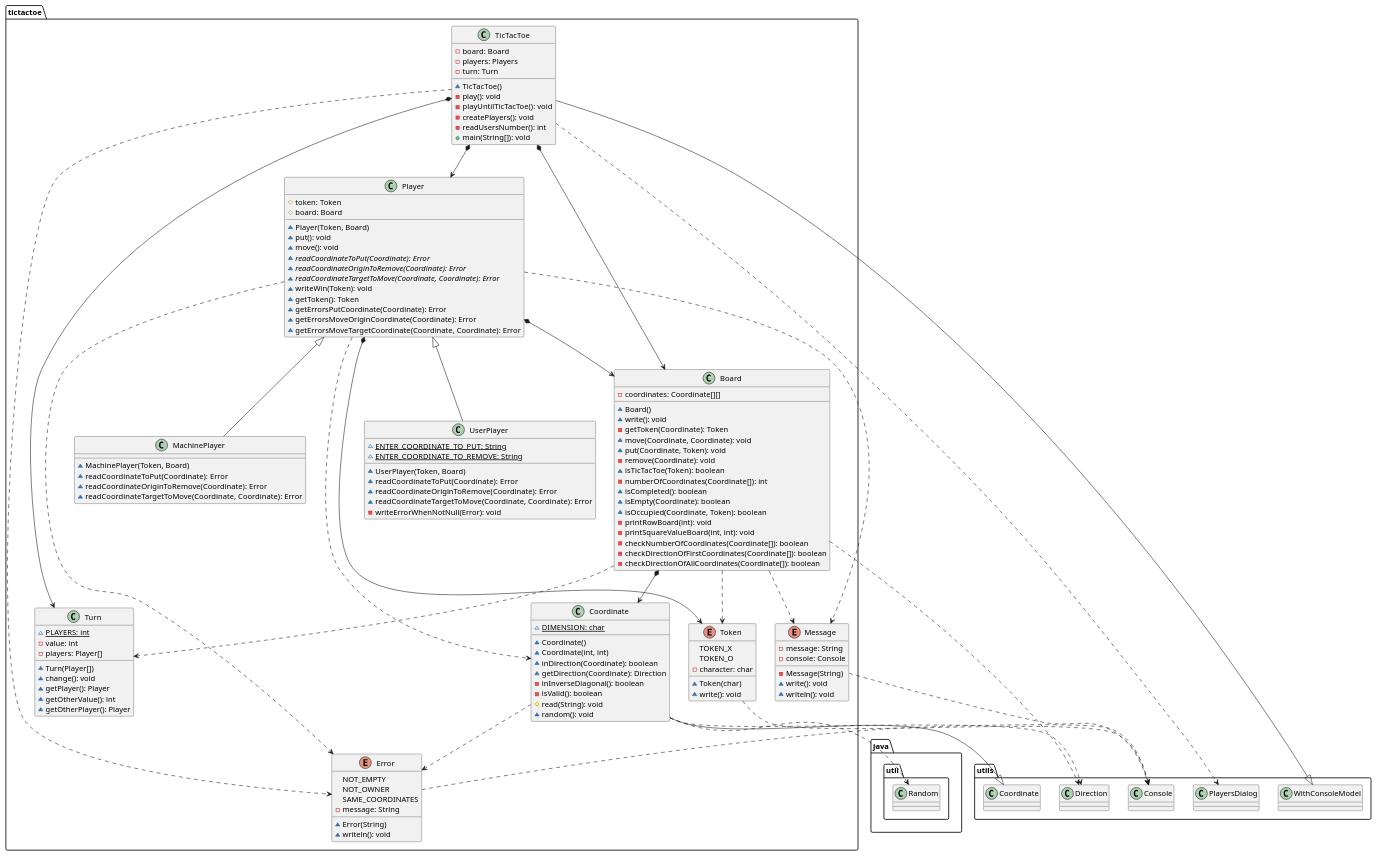
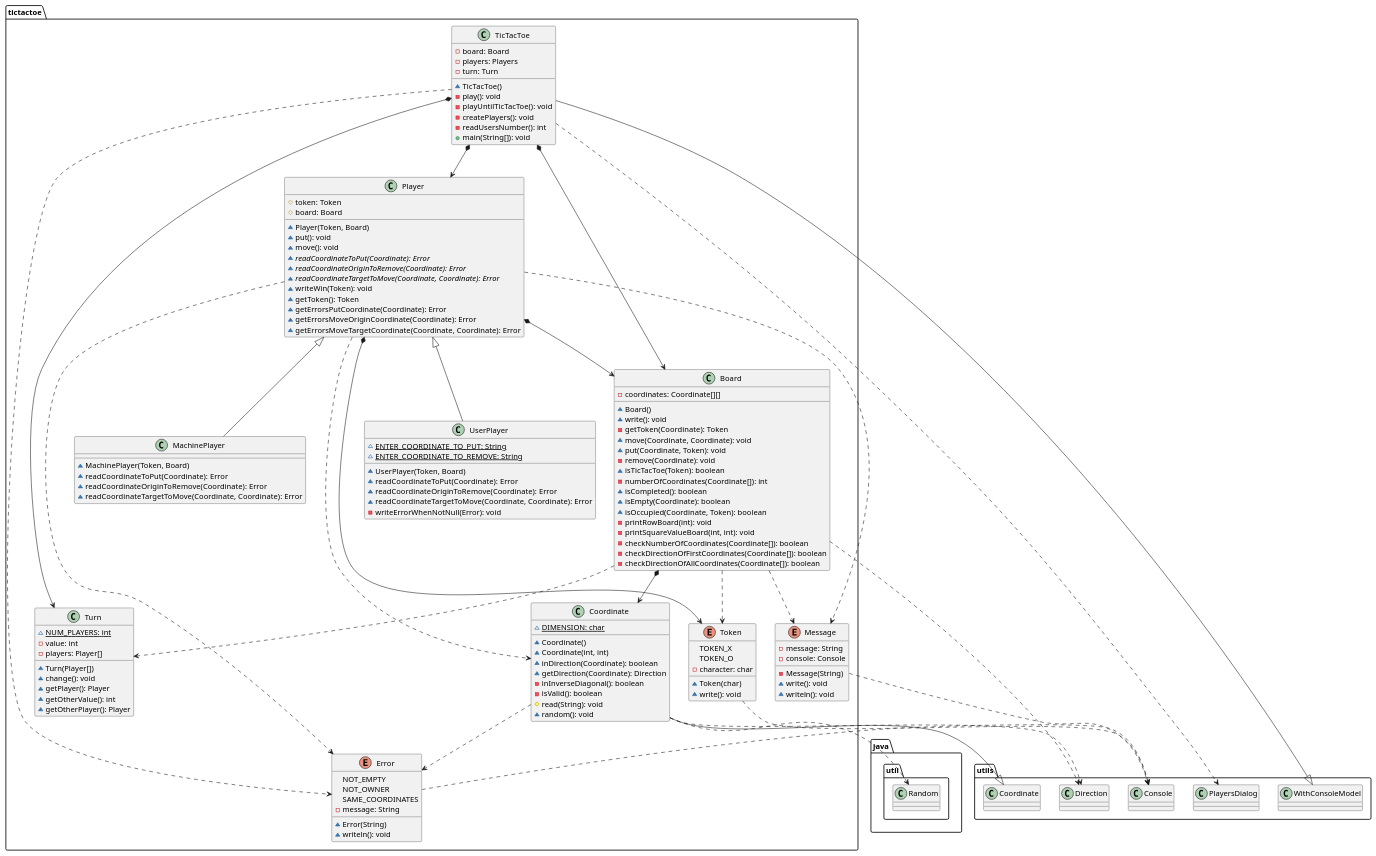
The second of 4 diagrams in docs/src/docs/asciidoc/index.adoc (x-USantaTecla-game-ticTacToe/java), drawn with PlantUML before and after one commit. The commit also changed other lines of this file and 13 other files, not shown here.

```diff
--- a/docs/src/docs/asciidoc/index.adoc
+++ b/docs/src/docs/asciidoc/index.adoc
@@ -167,7 +167,7 @@
 tictactoe.Token..> utils.Console
 
 class  tictactoe.Turn{
-~ {static} PLAYERS: int
+~ {static} NUM_PLAYERS: int
 - value: int
 - players: Player[]
 ~ Turn(Player[])
```
